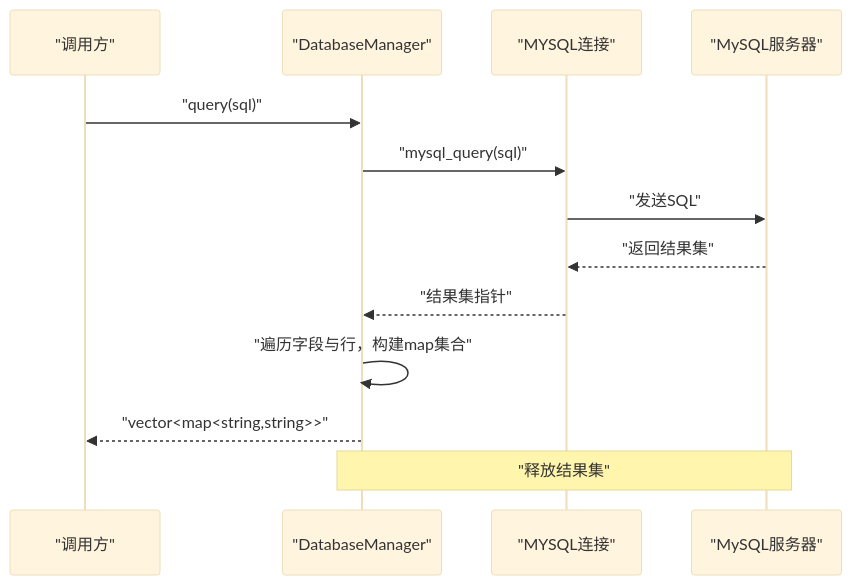
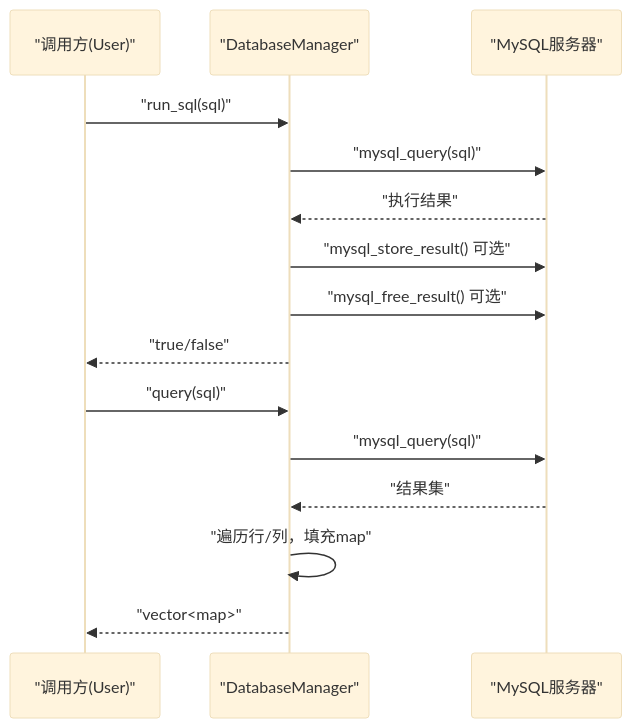
The fifth of 8 diagrams in .qoder/repowiki/zh/content/核心模块详解/数据库管理器.md (jinpeng900/OJ-Test), drawn with Mermaid (base theme) before and after one commit. The commit also changed other lines of this file and 147 other files, not shown here.

````diff
--- a/.qoder/repowiki/zh/content/核心模块详解/数据库管理器.md
+++ b/.qoder/repowiki/zh/content/核心模块详解/数据库管理器.md
@@ -171,15 +193,17 @@
 ```mermaid
 sequenceDiagram
-participant Caller as "调用方"
-participant DM as "DatabaseManager"
-participant Conn as "MYSQL连接"
+participant Caller as "调用方(User)"
+participant DB as "DatabaseManager"
 participant MySQL as "MySQL服务器"
-Caller->>DM : "query(sql)"
-DM->>Conn : "mysql_query(sql)"
-Conn->>MySQL : "发送SQL"
-MySQL-->>Conn : "返回结果集"
-Conn-->>DM : "结果集指针"
-DM->>DM : "遍历字段与行，构建map集合"
-DM-->>Caller : "vector<map<string,string>>"
-Note over DM,MySQL : "释放结果集"
+Caller->>DB : "run_sql(sql)"
+DB->>MySQL : "mysql_query(sql)"
+MySQL-->>DB : "执行结果"
+DB->>MySQL : "mysql_store_result() 可选"
+DB->>MySQL : "mysql_free_result() 可选"
+DB-->>Caller : "true/false"
+Caller->>DB : "query(sql)"
+DB->>MySQL : "mysql_query(sql)"
+MySQL-->>DB : "结果集"
+DB->>DB : "遍历行/列，填充map"
+DB-->>Caller : "vector<map>"
 ```
````
